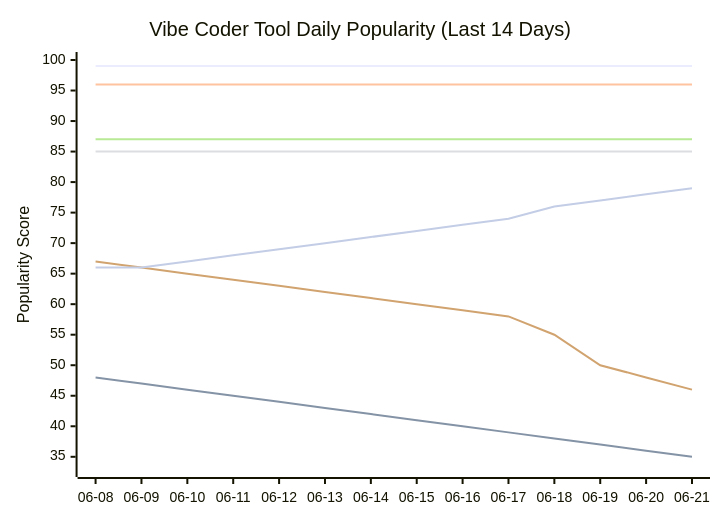
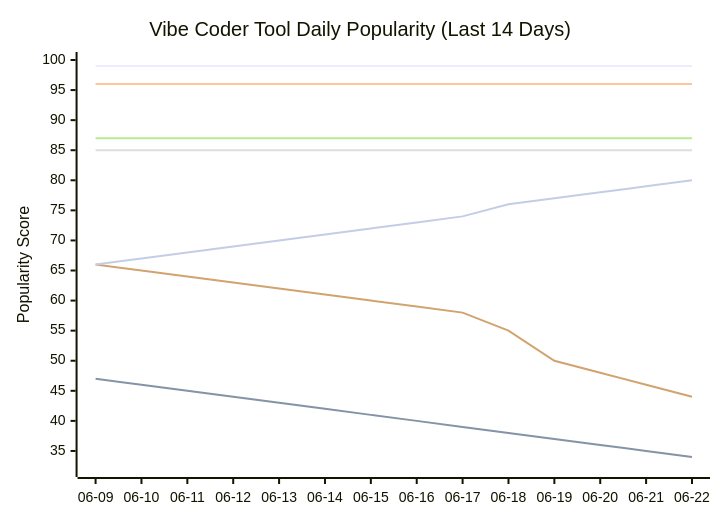
One commit to tykimos/ai-whatchelin changed the seventh of 11 diagrams in README.md. Above: the diagram before and after it, drawn with Mermaid. The commit also changed other lines of this file and 4 other files, not shown here.

````diff
--- a/README.md
+++ b/README.md
@@ -1685,13 +1695,13 @@
 ```mermaid
 xychart-beta
     title "Vibe Coder Tool Daily Popularity (Last 14 Days)"
-    x-axis ["06-08", "06-09", "06-10", "06-11", "06-12", "06-13", "06-14", "06-15", "06-16", "06-17", "06-18", "06-19", "06-20", "06-21"]
-    y-axis "Popularity Score" 33 --> 100
+    x-axis ["06-09", "06-10", "06-11", "06-12", "06-13", "06-14", "06-15", "06-16", "06-17", "06-18", "06-19", "06-20", "06-21", "06-22"]
+    y-axis "Popularity Score" 32 --> 100
     line "Claude Code" [99, 99, 99, 99, 99, 99, 99, 99, 99, 99, 99, 99, 99, 99]
-    line "GH Copilot" [48, 47, 46, 45, 44, 43, 42, 41, 40, 39, 38, 37, 36, 35]
+    line "GH Copilot" [47, 46, 45, 44, 43, 42, 41, 40, 39, 38, 37, 36, 35, 34]
     line "Cursor" [96, 96, 96, 96, 96, 96, 96, 96, 96, 96, 96, 96, 96, 96]
     line "Windsurf" [85, 85, 85, 85, 85, 85, 85, 85, 85, 85, 85, 85, 85, 85]
     line "Codex CLI" [87, 87, 87, 87, 87, 87, 87, 87, 87, 87, 87, 87, 87, 87]
-    line "Gemini CLI" [67, 66, 65, 64, 63, 62, 61, 60, 59, 58, 55, 50, 48, 46]
-    line "Antigravity" [66, 66, 67, 68, 69, 70, 71, 72, 73, 74, 76, 77, 78, 79]
+    line "Gemini CLI" [66, 65, 64, 63, 62, 61, 60, 59, 58, 55, 50, 48, 46, 44]
+    line "Antigravity" [66, 67, 68, 69, 70, 71, 72, 73, 74, 76, 77, 78, 79, 80]
 ```
````
